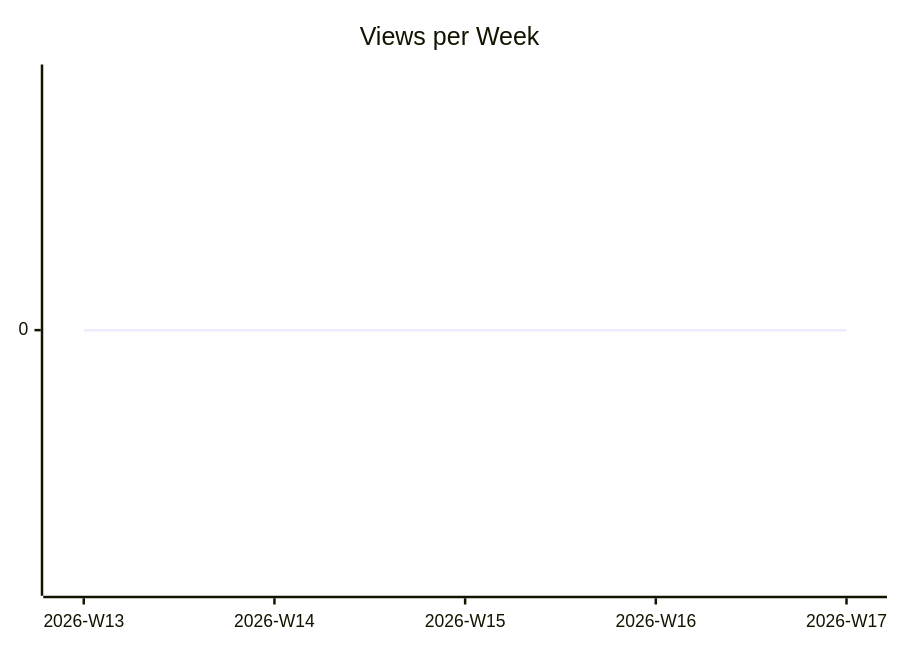
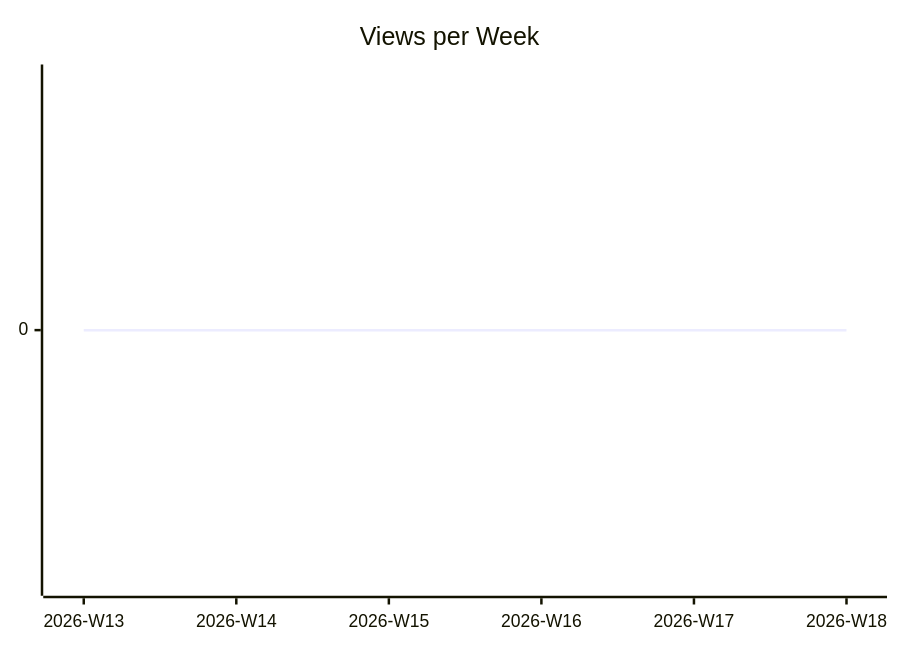
The second of 3 diagrams in karlmdavis/usgs-water-api-java/README.md (justdavis-family/github-analytics-data), drawn with Mermaid before and after one commit. The commit also changed other lines of this file and 184 other files, not shown here.

````diff
--- a/karlmdavis/usgs-water-api-java/README.md
+++ b/karlmdavis/usgs-water-api-java/README.md
@@ -12,6 +12,6 @@
 ```mermaid
 xychart-beta
   title "Views per Week"
-  x-axis ["2026-W13", "2026-W14", "2026-W15", "2026-W16", "2026-W17"]
-  line [0, 0, 0, 0, 0]
+  x-axis ["2026-W13", "2026-W14", "2026-W15", "2026-W16", "2026-W17", "2026-W18"]
+  line [0, 0, 0, 0, 0, 0]
 ```
````
